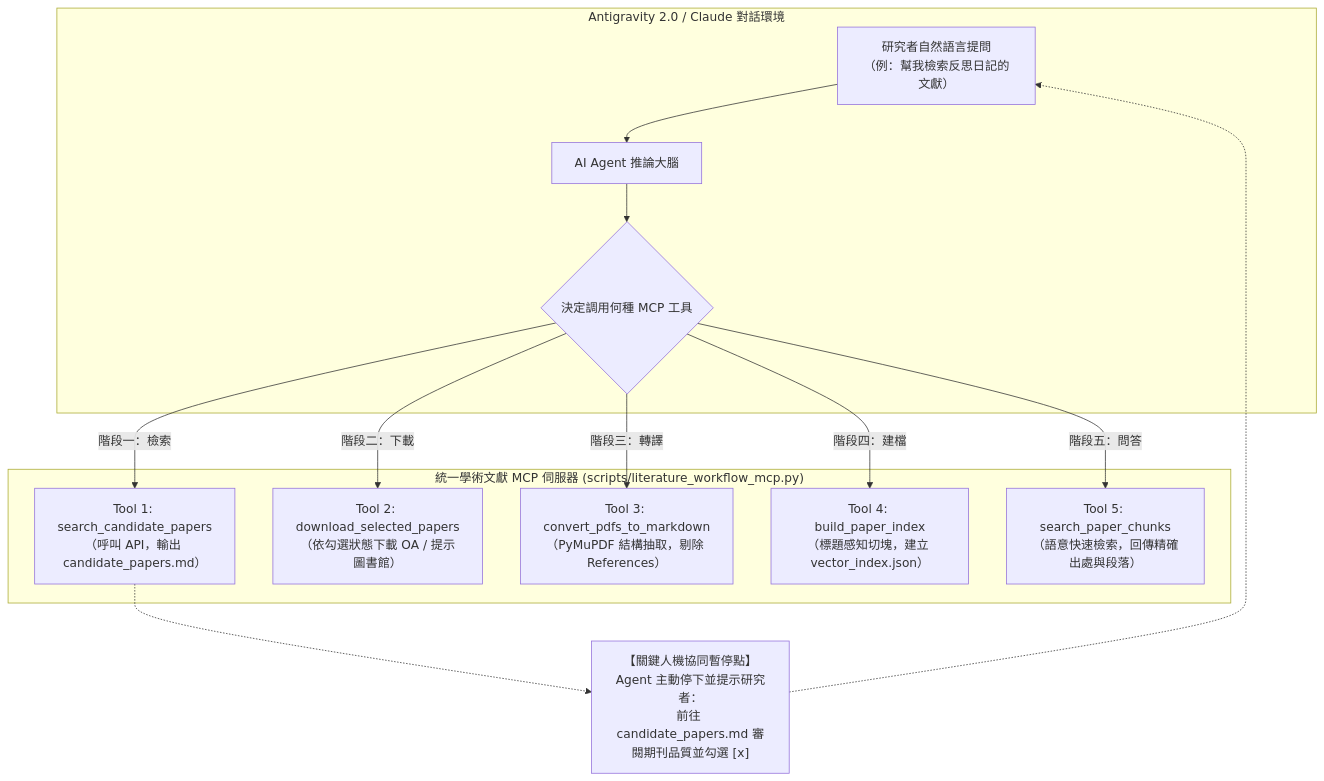
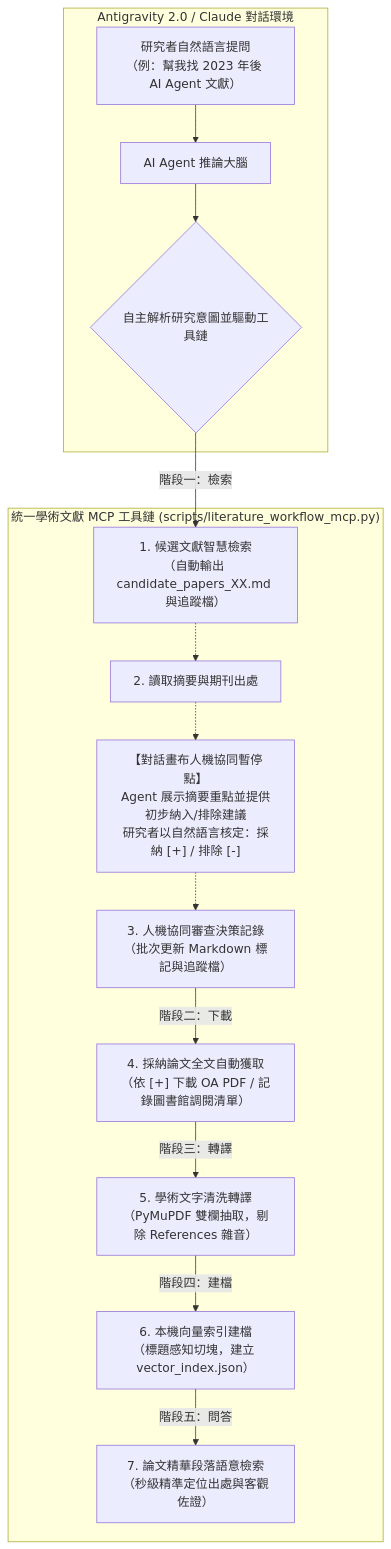
One commit to sungchien/literature_agent changed the fourth of 4 diagrams in 02_智慧文獻爬梳與本機向量化檢索.md. Above: the diagram before and after it, drawn with Mermaid. The commit also changed other lines of this file and 13 other files, not shown here.

````diff
--- a/02_智慧文獻爬梳與本機向量化檢索.md
+++ b/02_智慧文獻爬梳與本機向量化檢索.md
@@ -496,19 +608,19 @@
 ```mermaid
 flowchart TD
     subgraph AgentEnv["Antigravity 2.0 / Claude 對話環境"]
-        User["研究者自然語言提問<br/>（例：幫我檢索反思日記的文獻）"] --> LLM["AI Agent 推論大腦"]
-        LLM --> ToolCall{"決定調用何種 MCP 工具"}
+        User["研究者自然語言提問<br/>（例：幫我找 2023 年後 AI Agent 文獻）"] --> LLM["AI Agent 推論大腦"]
+        LLM --> ToolCall{"自主解析研究意圖並驅動工具鏈"}
     end
 
-    subgraph UnifiedServer["統一學術文獻 MCP 伺服器 (scripts/literature_workflow_mcp.py)"]
-        ToolCall -->|"階段一：檢索"| T1["Tool 1: search_candidate_papers<br/>（呼叫 API，輸出 candidate_papers.md）"]
-        ToolCall -->|"階段二：下載"| T2["Tool 2: download_selected_papers<br/>（依勾選狀態下載 OA / 提示圖書館）"]
-        ToolCall -->|"階段三：轉譯"| T3["Tool 3: convert_pdfs_to_markdown<br/>（PyMuPDF 結構抽取，剔除 References）"]
-        ToolCall -->|"階段四：建檔"| T4["Tool 4: build_paper_index<br/>（標題感知切塊，建立 vector_index.json）"]
-        ToolCall -->|"階段五：問答"| T5["Tool 5: search_paper_chunks<br/>（語意快速檢索，回傳精確出處與段落）"]
+    subgraph UnifiedServer["統一學術文獻 MCP 工具鏈 (scripts/literature_workflow_mcp.py)"]
+        ToolCall -->|"階段一：檢索"| T1["1. 候選文獻智慧檢索<br/>（自動輸出 candidate_papers_XX.md 與追蹤檔）"]
+        T1 -.-> T2["2. 讀取摘要與期刊出處"]
+        T2 -.-> Pause["【對話畫布人機協同暫停點】<br/>Agent 展示摘要重點並提供初步納入/排除建議<br/>研究者以自然語言核定：採納 [+] / 排除 [-]"]
+        Pause -.-> T3["3. 人機協同審查決策記錄<br/>（批次更新 Markdown 標記與追蹤檔）"]
+        T3 -->|"階段二：下載"| T4["4. 採納論文全文自動獲取<br/>（依 [+] 下載 OA PDF / 記錄圖書館調閱清單）"]
+        T4 -->|"階段三：轉譯"| T5["5. 學術文字清洗轉譯<br/>（PyMuPDF 雙欄抽取，剔除 References 雜音）"]
+        T5 -->|"階段四：建檔"| T6["6. 本機向量索引建檔<br/>（標題感知切塊，建立 vector_index.json）"]
+        T6 -->|"階段五：問答"| T7["7. 論文精華段落語意檢索<br/>（秒級精準定位出處與客觀佐證）"]
     end
 
-    T1 -.-> Pause["【關鍵人機協同暫停點】<br/>Agent 主動停下並提示研究者：<br/>前往 candidate_papers.md 審閱期刊品質並勾選 [x]"]
-    Pause -.-> User
-
 ```
````
